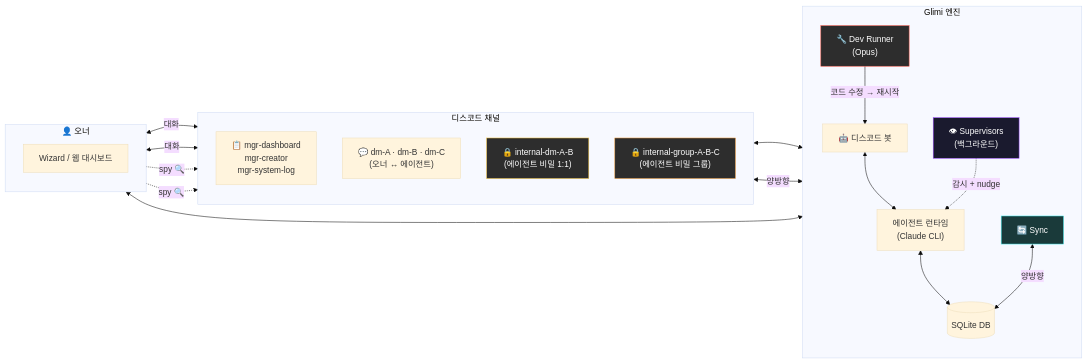
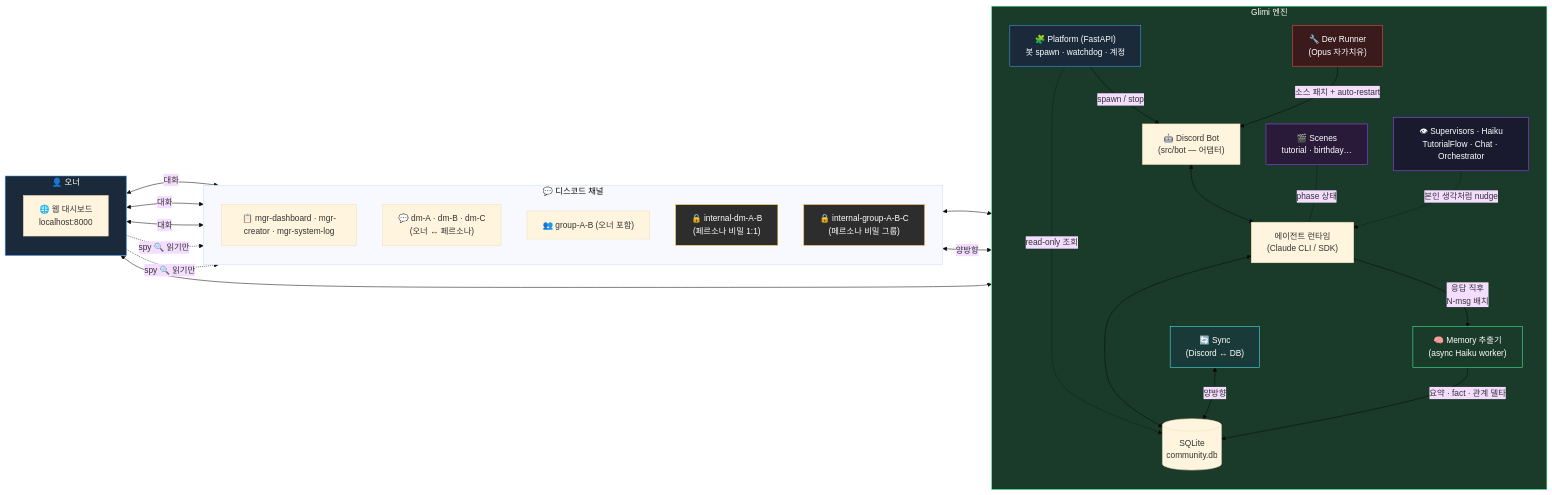
Before and after one commit to je-empty/Glimi: the third of 7 diagrams in README.ko.md, drawn with Mermaid (base theme). The commit also changed other lines of this file and 14 other files, not shown here.

````diff
--- a/README.ko.md
+++ b/README.ko.md
@@ -134,41 +242,56 @@
 ```mermaid
 flowchart LR
     subgraph Owner["👤 오너"]
         direction TB
-        O_TUI["Wizard / 웹 대시보드"]
+        Browser["🌐 웹 대시보드<br/>localhost:8000"]
     end
 
     subgraph Engine["Glimi 엔진"]
         direction TB
-        Bot["🤖 디스코드 봇"]
-        Runtime["에이전트 런타임\n(Claude CLI)"]
-        DB[("SQLite DB")]
-        Sync["🔄 Sync"]
-        DevRunner["🔧 Dev Runner\n(Opus)"]
-        Supervisor["👁 Supervisors\n(백그라운드)"]
+        Plat["🧩 Platform (FastAPI)<br/>봇 spawn · watchdog · 계정"]
+        Bot["🤖 Discord Bot<br/>(src/bot — 어댑터)"]
+        Runtime["에이전트 런타임<br/>(Claude CLI / SDK)"]
+        Scenes["🎬 Scenes<br/>tutorial · birthday…"]
+        Memory["🧠 Memory 추출기<br/>(async Haiku worker)"]
+        DB[("SQLite<br/>community.db")]
+        Sync["🔄 Sync<br/>(Discord ↔ DB)"]
+        DevRunner["🔧 Dev Runner<br/>(Opus 자가치유)"]
+        SupGrp["👁 Supervisors · Haiku<br/>TutorialFlow · Chat · Orchestrator"]
     end
 
-    subgraph Discord["디스코드 채널"]
+    subgraph Discord["💬 디스코드 채널"]
         direction TB
-        Mgr["📋 mgr-dashboard\nmgr-creator\nmgr-system-log"]
-        DM["💬 dm-A · dm-B · dm-C\n(오너 ↔ 에이전트)"]
-        SecDM["🔒 internal-dm-A-B\n(에이전트 비밀 1:1)"]
-        SecGrp["🔒 internal-group-A-B-C\n(에이전트 비밀 그룹)"]
+        Mgr["📋 mgr-dashboard · mgr-creator · mgr-system-log"]
+        DM["💬 dm-A · dm-B · dm-C<br/>(오너 ↔ 페르소나)"]
+        Grp["👥 group-A-B (오너 포함)"]
+        SecDM["🔒 internal-dm-A-B<br/>(페르소나 비밀 1:1)"]
+        SecGrp["🔒 internal-group-A-B-C<br/>(페르소나 비밀 그룹)"]
     end
 
-    Owner <-->|"대화"| Mgr & DM
-    Owner -.->|"spy 🔍"| SecDM & SecGrp
-    O_TUI <--> Bot
+    Browser <--> Plat
+    Plat -->|"spawn / stop"| Bot
+    Plat -. "read-only 조회" .-> DB
+
+    Owner <-->|"대화"| Mgr & DM & Grp
+    Owner -. "spy 🔍 읽기만" .-> SecDM & SecGrp
     Discord <--> Bot
     Bot <--> Runtime
     Runtime <--> DB
+    Scenes -. "phase 상태" .- Runtime
     Sync <-->|"양방향"| DB & Discord
-    DevRunner -->|"코드 수정 → 재시작"| Bot
-    Supervisor -.->|"감시 + nudge"| Runtime
+    DevRunner -->|"소스 패치 + auto-restart"| Bot
+    SupGrp -. "본인 생각처럼 nudge" .-> Runtime
+    Runtime -->|"응답 직후<br/>N-msg 배치"| Memory
+    Memory -->|"요약 · fact · 관계 델타"| DB
 
+    style Owner fill:#1a2a3a,stroke:#4a9eff,color:#fff
+    style Engine fill:#1a3a2a,stroke:#4aff9e,color:#fff
+    style Plat fill:#1a2a3a,stroke:#4a9eff,color:#fff
+    style Scenes fill:#2a1a3a,stroke:#9a4aff,color:#fff
+    style Memory fill:#1a3a2a,stroke:#4aff9e,color:#fff
+    style Sync fill:#1a3a3a,stroke:#4af5f5,color:#fff
+    style SupGrp fill:#1a1a2e,stroke:#9a4aff,color:#fff
+    style DevRunner fill:#3a1a1a,stroke:#ff4a4a,color:#fff
     style SecDM fill:#2d2d2d,stroke:#f5c542,color:#fff
     style SecGrp fill:#2d2d2d,stroke:#f5a142,color:#fff
-    style DevRunner fill:#2d2d2d,stroke:#f55142,color:#fff
-    style Sync fill:#1a3a3a,stroke:#4af5f5,color:#fff
-    style Supervisor fill:#1a1a2e,stroke:#9a4aff,color:#fff
 ```
````
